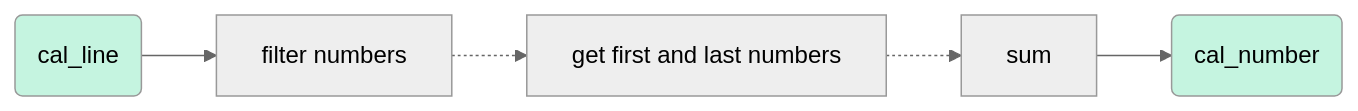
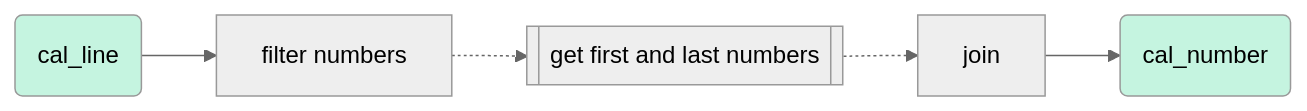
Before and after one commit to owiecc/sheep-observer: the third of 3 diagrams in programming/Julia-piping/piping.qmd, drawn with Mermaid (neutral theme). The commit also changed other lines of this file, not shown here.

````diff
--- a/programming/Julia-piping/piping.qmd
+++ b/programming/Julia-piping/piping.qmd
@@ -251,6 +240,6 @@
 ```{mermaid}
 flowchart LR
   Input(cal_line):::data --> Filter[filter numbers]
-  Filter -.-> Numbers[get first and last numbers] -.-> Sum[sum] --> Result(cal_number):::data
+  Filter -.-> Numbers[[get first and last numbers]] -.-> Join[join] --> Result(cal_number):::data
   classDef data fill:#C5F4E0
 ```
````
